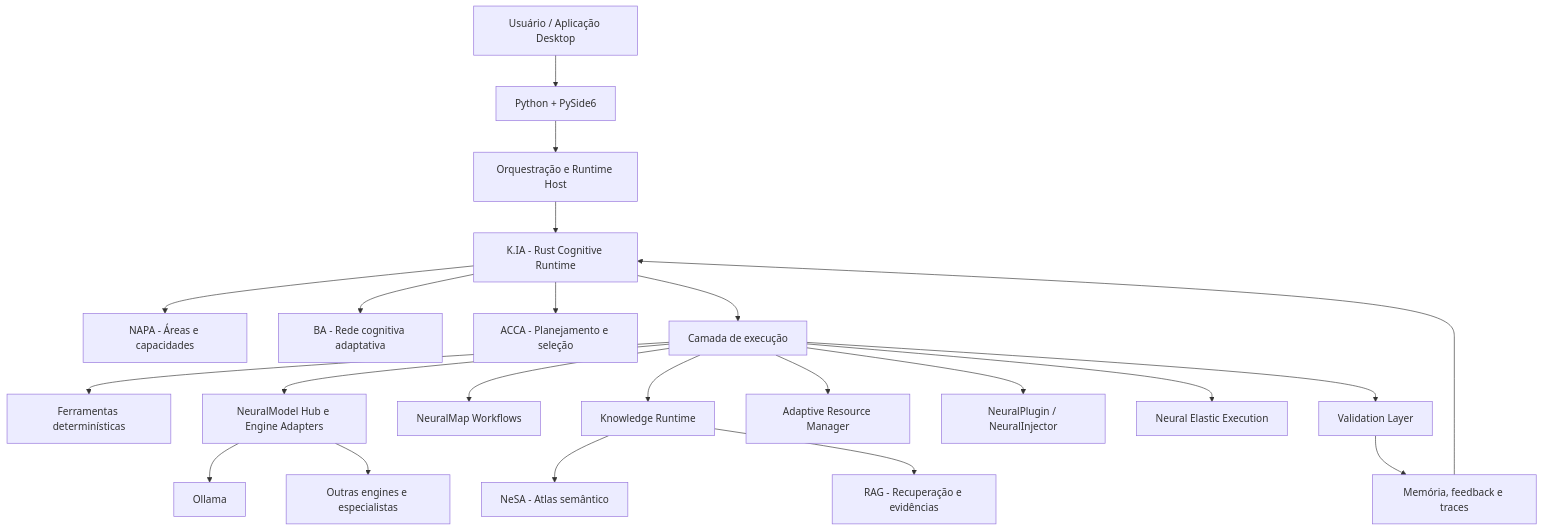
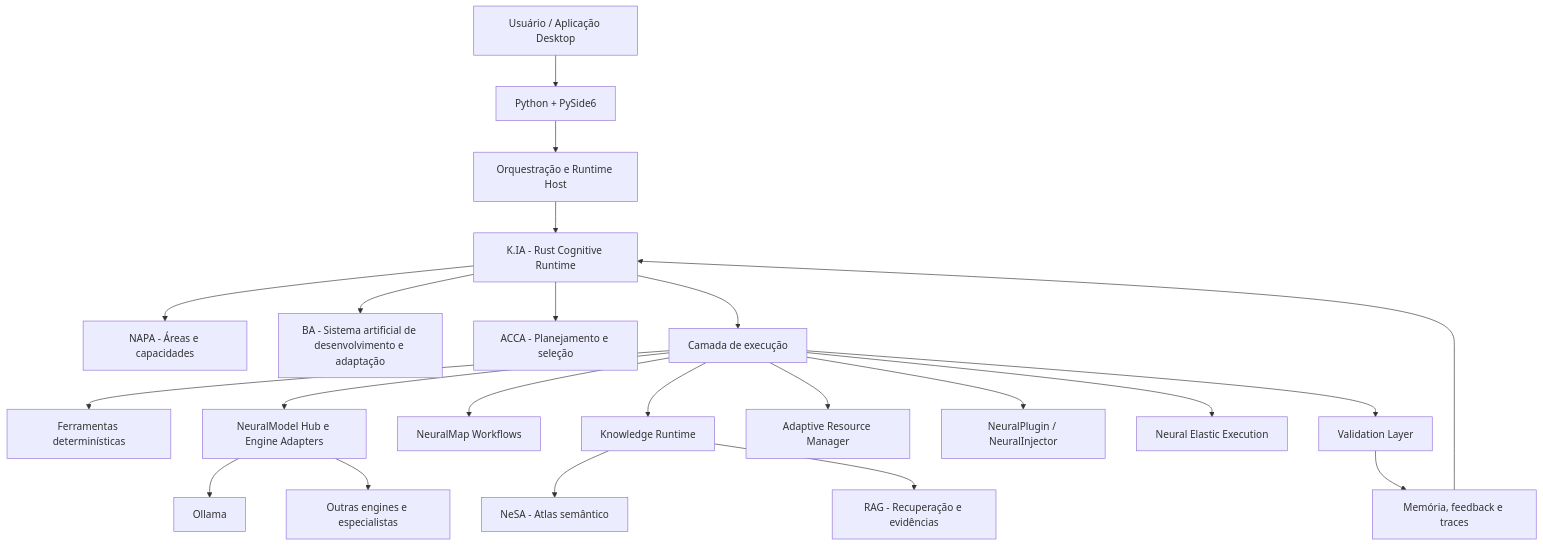
The diagram in README.md (K410Sh4/AILocalUniversal), drawn with Mermaid before and after one commit. The commit also changed other lines of this file, not shown here.

Commit message:
docs: distinguish Brain Artificial from conventional AI

````diff
--- a/README.md
+++ b/README.md
@@ -26,30 +26,30 @@
 ```mermaid
 flowchart TB
     U[Usuário / Aplicação Desktop] --> UI[Python + PySide6]
     UI --> HOST[Orquestração e Runtime Host]
     HOST --> KIA[K.IA - Rust Cognitive Runtime]
 
     KIA --> NAPA[NAPA - Áreas e capacidades]
-    KIA --> BA[BA - Rede cognitiva adaptativa]
+    KIA --> BA[BA - Sistema artificial de desenvolvimento e adaptação]
     KIA --> ACCA[ACCA - Planejamento e seleção]
 
     KIA --> EXEC[Camada de execução]
     EXEC --> TOOLS[Ferramentas determinísticas]
     EXEC --> MODELS[NeuralModel Hub e Engine Adapters]
     EXEC --> MAP[NeuralMap Workflows]
     EXEC --> KNOW[Knowledge Runtime]
 
     KNOW --> NESA[NeSA - Atlas semântico]
     KNOW --> RAG[RAG - Recuperação e evidências]
 
     MODELS --> OLLAMA[Ollama]
     MODELS --> OTHER[Outras engines e especialistas]
 
     EXEC --> RESOURCE[Adaptive Resource Manager]
     EXEC --> PLUGINS[NeuralPlugin / NeuralInjector]
     EXEC --> ELASTIC[Neural Elastic Execution]
 
     EXEC --> VALID[Validation Layer]
     VALID --> MEMORY[Memória, feedback e traces]
     MEMORY --> KIA
 ```
````
